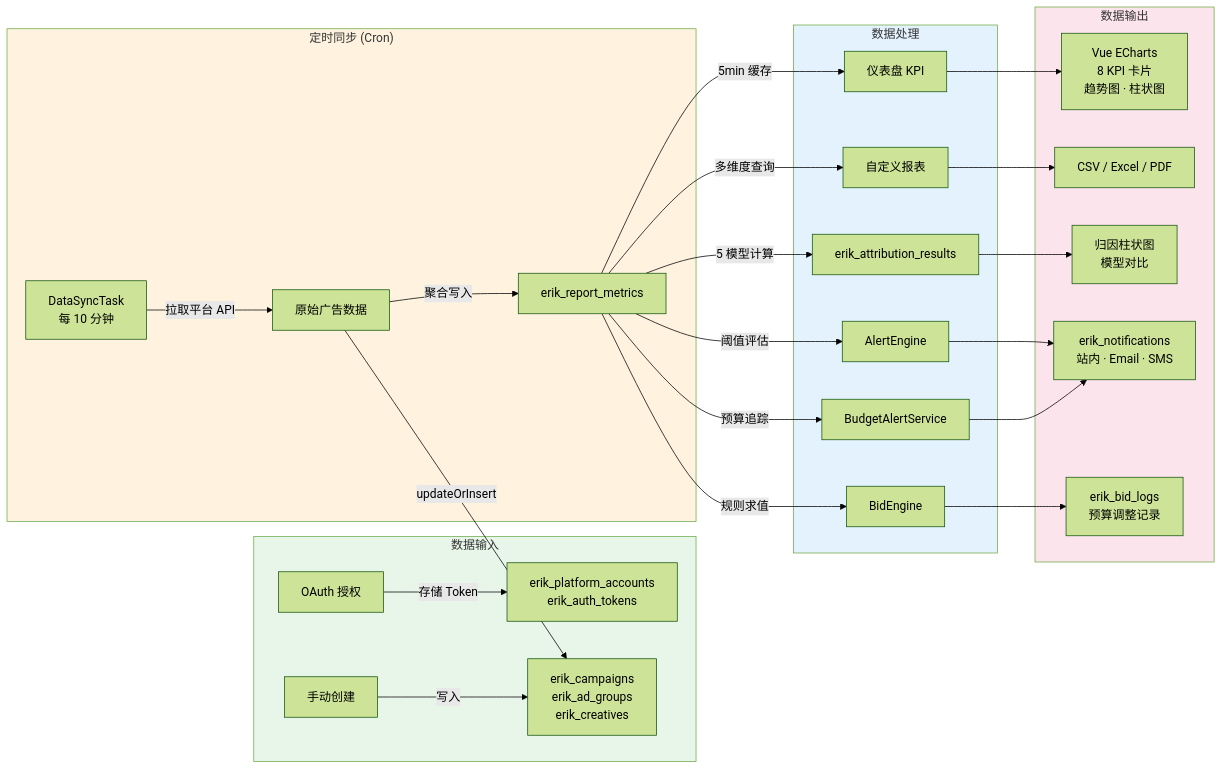
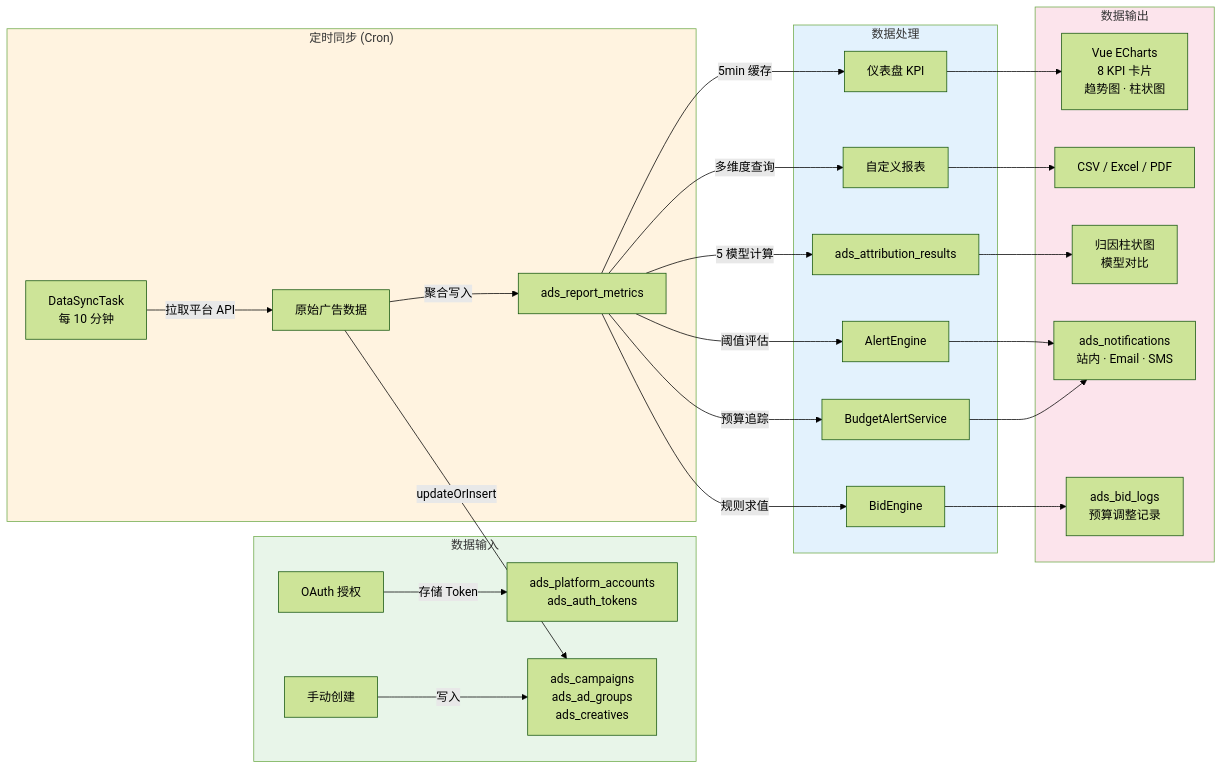
Before and after one commit to erikwang2013/ads-php: the second of 2 diagrams in docs/diagrams/functional-modules.md, drawn with Mermaid (forest theme). The commit also changed 214 other files, not shown here.

Commit message:
refactor(db): 表前缀 erik_ 统一改为 ads_，Redis 键加 ads: 前缀

````diff
--- a/docs/diagrams/functional-modules.md
+++ b/docs/diagrams/functional-modules.md
@@ -81,36 +81,36 @@
 ```mermaid
 flowchart LR
     subgraph Input["数据输入"]
-        OAuth["OAuth 授权"] -->|"存储 Token"| DB["erik_platform_accounts<br/>erik_auth_tokens"]
-        Manual["手动创建"] -->|"写入"| Campaigns["erik_campaigns<br/>erik_ad_groups<br/>erik_creatives"]
+        OAuth["OAuth 授权"] -->|"存储 Token"| DB["ads_platform_accounts<br/>ads_auth_tokens"]
+        Manual["手动创建"] -->|"写入"| Campaigns["ads_campaigns<br/>ads_ad_groups<br/>ads_creatives"]
     end
 
     subgraph Sync2["定时同步 (Cron)"]
         Cron["DataSyncTask<br/>每 10 分钟"] -->|"拉取平台 API"| Raw["原始广告数据"]
         Raw -->|"updateOrInsert"| Campaigns
-        Raw -->|"聚合写入"| Metrics["erik_report_metrics"]
+        Raw -->|"聚合写入"| Metrics["ads_report_metrics"]
     end
 
     subgraph Process["数据处理"]
         Metrics -->|"5min 缓存"| Dashboard["仪表盘 KPI"]
         Metrics -->|"多维度查询"| CustomReport["自定义报表"]
-        Metrics -->|"5 模型计算"| AttributionResult["erik_attribution_results"]
+        Metrics -->|"5 模型计算"| AttributionResult["ads_attribution_results"]
         Metrics -->|"阈值评估"| AlertEngine["AlertEngine"]
         Metrics -->|"规则求值"| BidEngine["BidEngine"]
         Metrics -->|"预算追踪"| BudgetAlert["BudgetAlertService"]
     end
 
     subgraph Output["数据输出"]
         Dashboard --> Vue["Vue ECharts<br/>8 KPI 卡片<br/>趋势图 · 柱状图"]
         CustomReport --> Export["CSV / Excel / PDF"]
         AttributionResult --> AttributionChart["归因柱状图<br/>模型对比"]
-        AlertEngine --> Notifications["erik_notifications<br/>站内 · Email · SMS"]
-        BidEngine --> BidLogs["erik_bid_logs<br/>预算调整记录"]
+        AlertEngine --> Notifications["ads_notifications<br/>站内 · Email · SMS"]
+        BidEngine --> BidLogs["ads_bid_logs<br/>预算调整记录"]
         BudgetAlert --> Notifications
     end
 
     style Input fill:#e8f5e9
     style Sync2 fill:#fff3e0
     style Process fill:#e3f2fd
     style Output fill:#fce4ec
 ```
````
